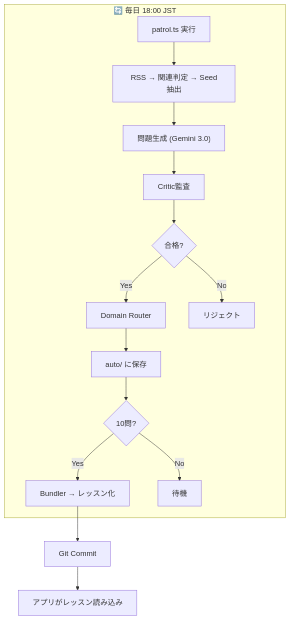
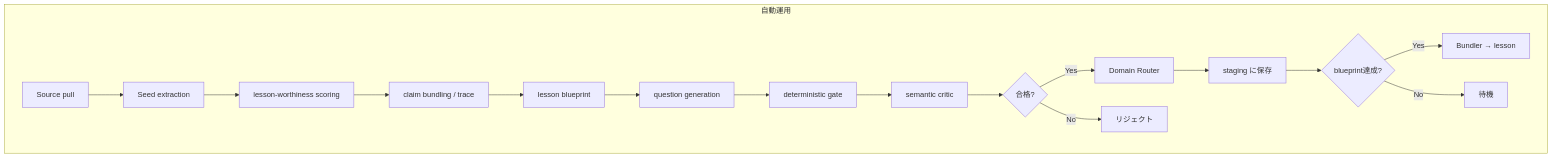
Before and after one commit to shin2721/psych-duo-packs: the diagram in psycle-expo/docs/CONTENT_SYSTEM_SPEC.md, drawn with Mermaid. The commit also changed other lines of this file and 29 other files, not shown here.

````diff
--- a/psycle-expo/docs/CONTENT_SYSTEM_SPEC.md
+++ b/psycle-expo/docs/CONTENT_SYSTEM_SPEC.md
@@ -161,18 +1526,19 @@
 ```mermaid
 flowchart TD
-    subgraph 毎日自動["🔄 毎日 18:00 JST"]
-        A["patrol.ts 実行"] --> B["RSS → 関連判定 → Seed抽出"]
-        B --> C["問題生成 (Gemini 3.0)"]
-        C --> D["Critic監査"]
-        D --> E{"合格?"}
-        E -->|Yes| F["Domain Router"]
-        E -->|No| G["リジェクト"]
-        F --> H["auto/ に保存"]
-        H --> I{"10問?"}
-        I -->|Yes| J["Bundler → レッスン化"]
-        I -->|No| K["待機"]
+    subgraph 毎日自動["自動運用"]
+        A["Source pull"] --> B["Seed extraction"]
+        B --> C["lesson-worthiness scoring"]
+        C --> D["claim bundling / trace"]
+        D --> E["lesson blueprint"]
+        E --> F["question generation"]
+        F --> G["deterministic gate"]
+        G --> H["semantic critic"]
+        H --> I{"合格?"}
+        I -->|Yes| J["Domain Router"]
+        I -->|No| K["リジェクト"]
+        J --> L["staging に保存"]
+        L --> M{"blueprint達成?"}
+        M -->|Yes| N["Bundler → lesson"]
+        M -->|No| O["待機"]
     end
-    
-    J --> L["Git Commit"]
-    L --> M["アプリがレッスン読み込み"]
 ```
````
